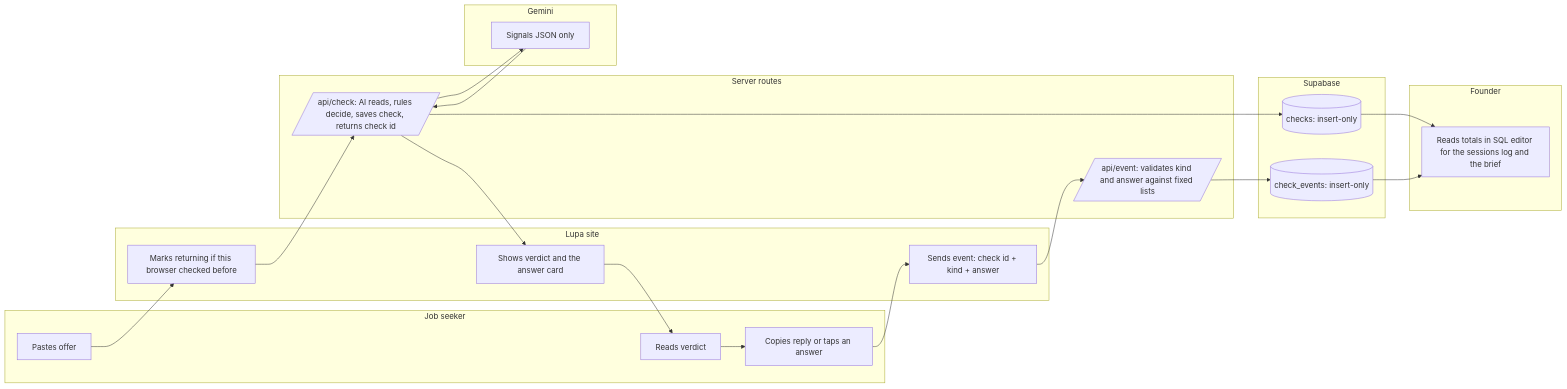
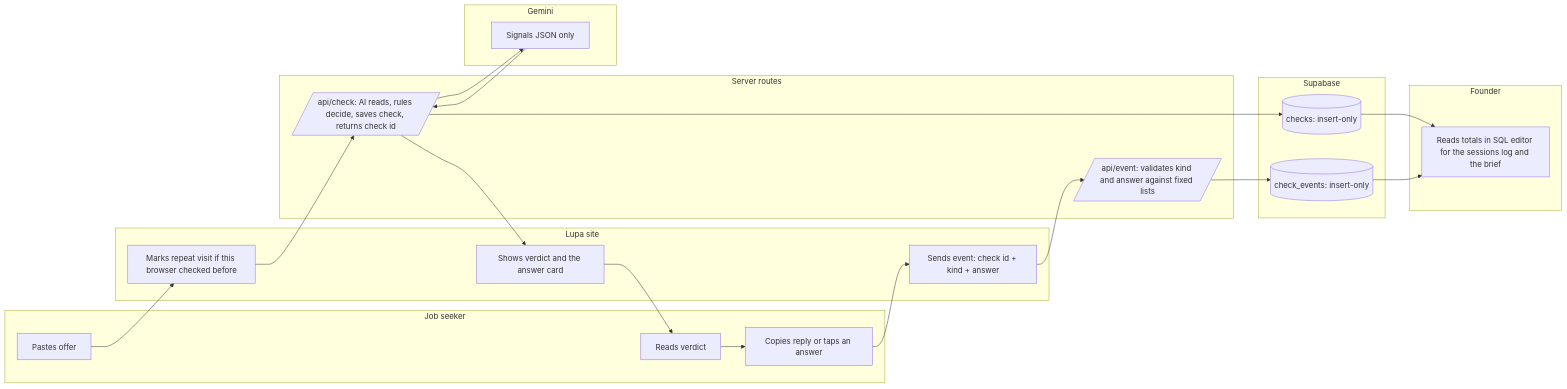
One commit to rafapieck/lupa changed the second of 2 diagrams in docs/PACKET.md. Above: the diagram before and after it, drawn with Mermaid. The commit also changed other lines of this file and 2 other files, not shown here.

First line of the commit message:
feat(db): check ids, repeat_visit flag and insert-only check_events

````diff
--- a/docs/PACKET.md
+++ b/docs/PACKET.md
@@ -59,32 +59,32 @@
 ```mermaid
 flowchart LR
   subgraph U[Job seeker]
     U1[Pastes offer]
     U2[Reads verdict]
     U3[Copies reply or taps an answer]
   end
   subgraph APP[Lupa site]
-    A1[Marks returning if this browser checked before]
+    A1[Marks repeat visit if this browser checked before]
     A2[Shows verdict and the answer card]
     A3[Sends event: check id + kind + answer]
   end
   subgraph SRV[Server routes]
     S1[/api/check: AI reads, rules decide, saves check, returns check id/]
     S2[/api/event: validates kind and answer against fixed lists/]
   end
   subgraph AI[Gemini]
     L1[Signals JSON only]
   end
   subgraph DB[Supabase]
     D1[(checks: insert-only)]
     D2[(check_events: insert-only)]
   end
   subgraph F[Founder]
     R1[Reads totals in SQL editor for the sessions log and the brief]
   end
   U1 --> A1 --> S1 --> L1 --> S1
   S1 --> D1
   S1 --> A2 --> U2 --> U3 --> A3 --> S2 --> D2
   D1 --> R1
   D2 --> R1
 ```
````
